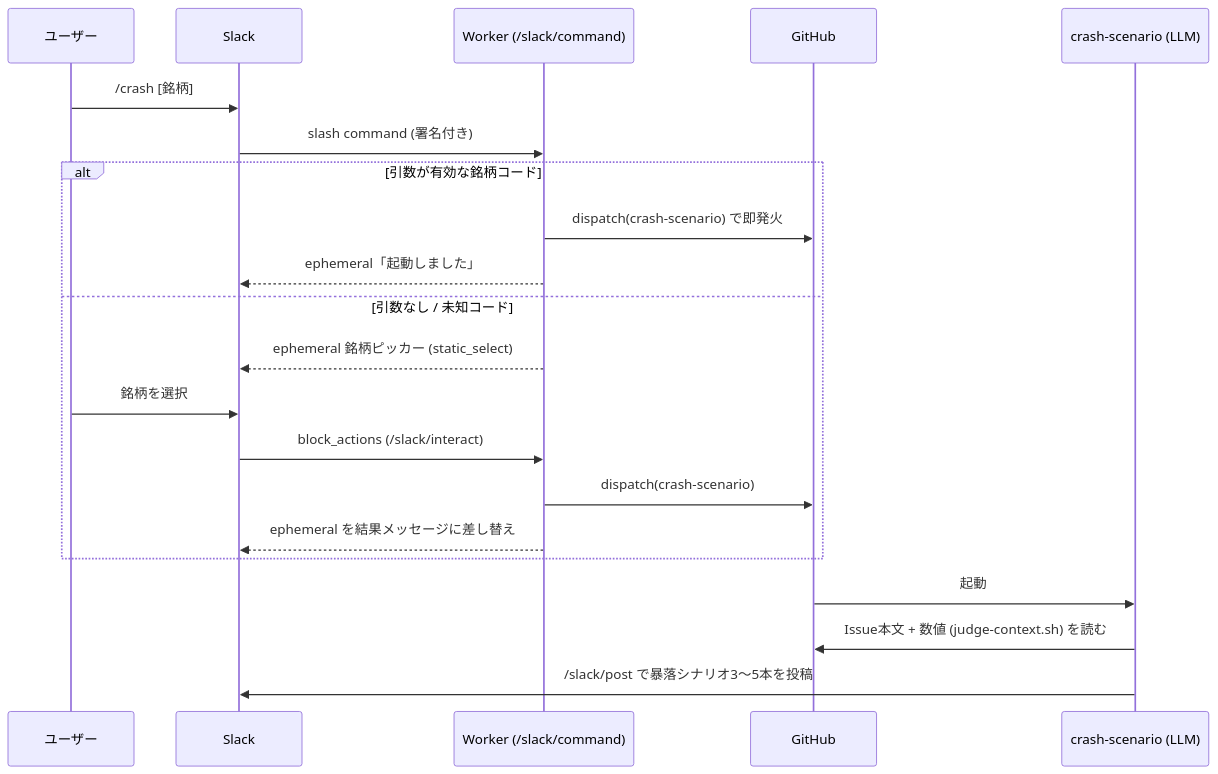
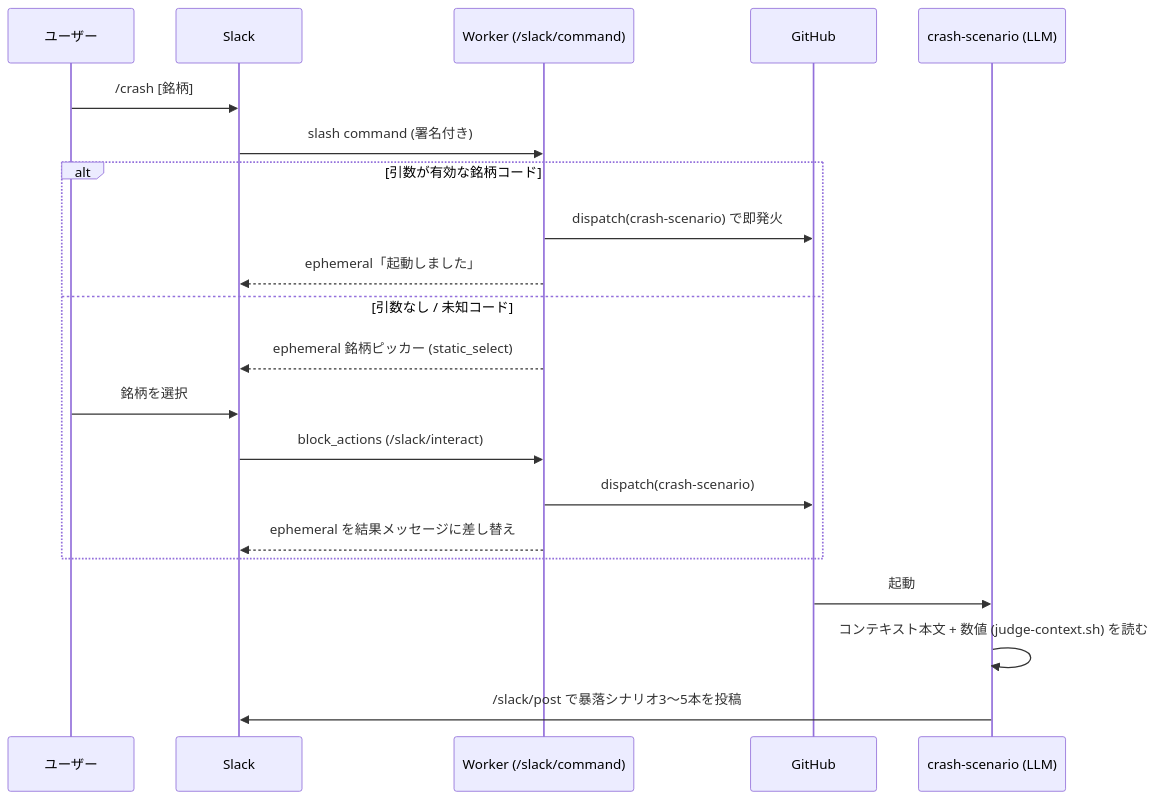
One commit to omni-stove/stock-signals changed the fourth of 4 diagrams in README.md. Above: the diagram before and after it, drawn with Mermaid. The commit also changed other lines of this file and 25 other files, not shown here.

````diff
--- a/README.md
+++ b/README.md
@@ -191,24 +191,24 @@
 ```mermaid
 sequenceDiagram
     participant U as ユーザー
     participant SL as Slack
     participant W as Worker (/slack/command)
     participant GH as GitHub
     participant CS as crash-scenario (LLM)
 
     U->>SL: /crash [銘柄]
     SL->>W: slash command (署名付き)
     alt 引数が有効な銘柄コード
         W->>GH: dispatch(crash-scenario) で即発火
         W-->>SL: ephemeral「起動しました」
     else 引数なし / 未知コード
         W-->>SL: ephemeral 銘柄ピッカー (static_select)
         U->>SL: 銘柄を選択
         SL->>W: block_actions (/slack/interact)
         W->>GH: dispatch(crash-scenario)
         W-->>SL: ephemeral を結果メッセージに差し替え
     end
     GH->>CS: 起動
-    CS->>GH: Issue本文 + 数値 (judge-context.sh) を読む
+    CS->>CS: コンテキスト本文 + 数値 (judge-context.sh) を読む
     CS->>SL: /slack/post で暴落シナリオ3〜5本を投稿
 ```
````
